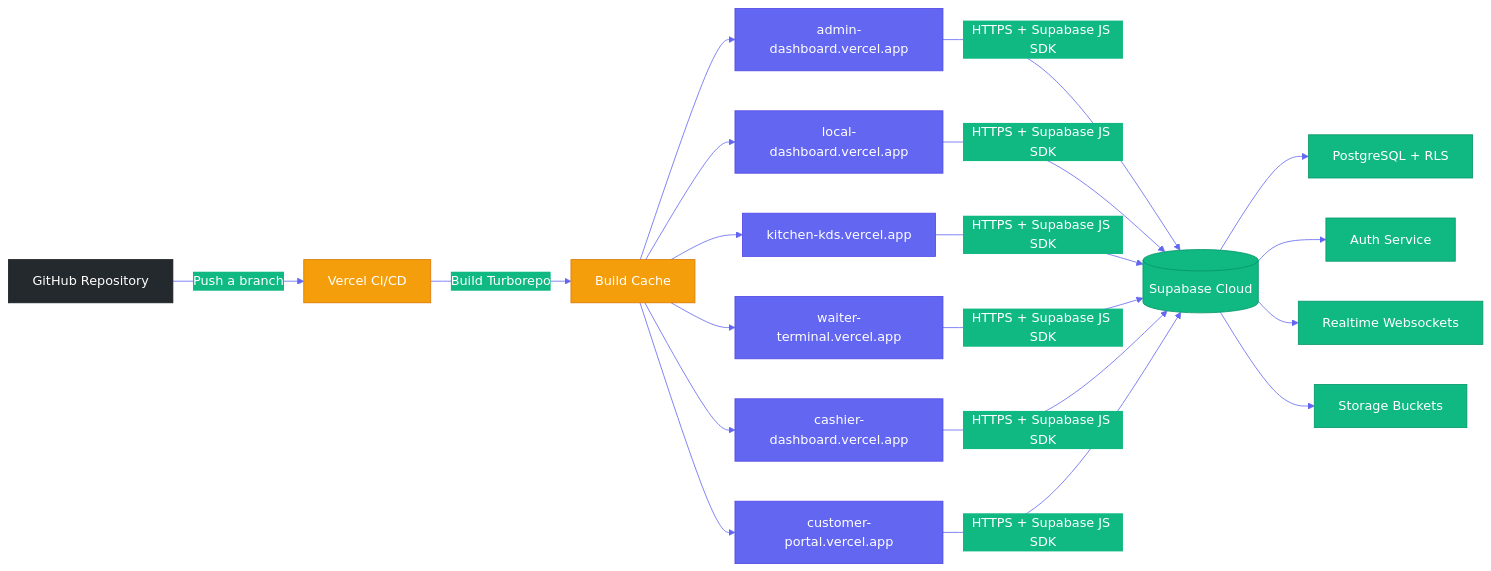
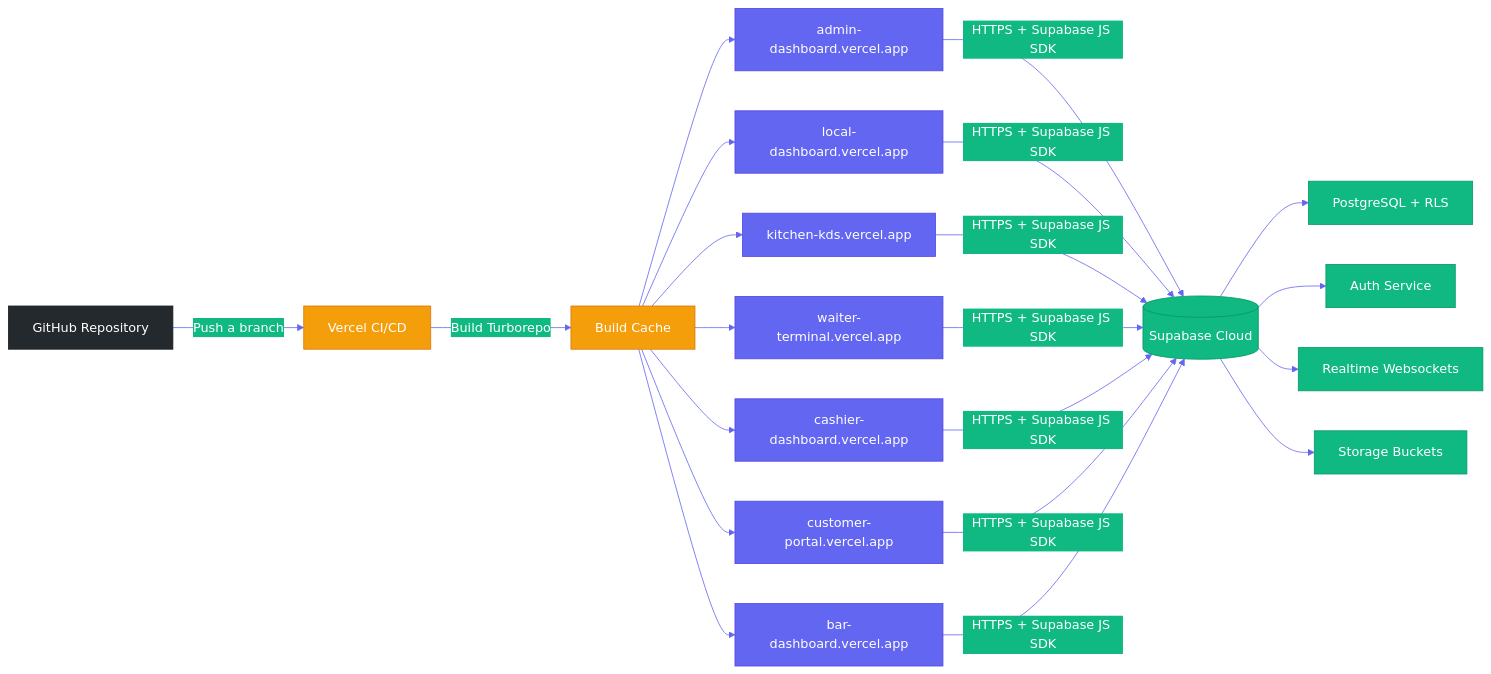
Before and after one commit to Hctr2002/Software-Restaurantes: the seventh of 7 diagrams in Documentacion/TECHNICAL_SAD.md, drawn with Mermaid. The commit also changed other lines of this file and 9 other files, not shown here.

````diff
--- a/Documentacion/TECHNICAL_SAD.md
+++ b/Documentacion/TECHNICAL_SAD.md
@@ -307,36 +311,37 @@
 ```mermaid
 %%{init: {
   'theme': 'base',
   'themeVariables': {
     'primaryColor': '#1e293b',
     'primaryTextColor': '#ffffff',
     'primaryBorderColor': '#0f172a',
     'lineColor': '#6366f1',
     'secondaryColor': '#10b981',
     'tertiaryColor': '#f8fafc',
     'fontFamily': 'Inter, sans-serif'
   }
 }}%%
 flowchart LR
     classDef gitNode fill:#24292e,stroke:#1a1e22,color:#fff;
     classDef ciNode fill:#f59e0b,stroke:#d97706,color:#fff;
     classDef appNode fill:#6366f1,stroke:#4f46e5,color:#fff;
     classDef infraNode fill:#10b981,stroke:#059669,color:#fff;
 
     GH[GitHub Repository]:::gitNode -->|Push a branch| CI[Vercel CI/CD]:::ciNode
     CI -->|Build Turborepo| BUILD[Build Cache]:::ciNode
 
     BUILD --> APP1[admin-dashboard.vercel.app]:::appNode
     BUILD --> APP2[local-dashboard.vercel.app]:::appNode
     BUILD --> APP3[kitchen-kds.vercel.app]:::appNode
     BUILD --> APP4[waiter-terminal.vercel.app]:::appNode
     BUILD --> APP5[cashier-dashboard.vercel.app]:::appNode
     BUILD --> APP6[customer-portal.vercel.app]:::appNode
+    BUILD --> APP7[bar-dashboard.vercel.app]:::appNode
 
-    APP1 & APP2 & APP3 & APP4 & APP5 & APP6 -->|HTTPS + Supabase JS SDK| SUPA[(Supabase Cloud)]:::infraNode
+    APP1 & APP2 & APP3 & APP4 & APP5 & APP6 & APP7 -->|HTTPS + Supabase JS SDK| SUPA[(Supabase Cloud)]:::infraNode
 
     SUPA --> PG[PostgreSQL + RLS]:::infraNode
     SUPA --> AUTH[Auth Service]:::infraNode
     SUPA --> RT[Realtime Websockets]:::infraNode
     SUPA --> ST[Storage Buckets]:::infraNode
 ```
````
